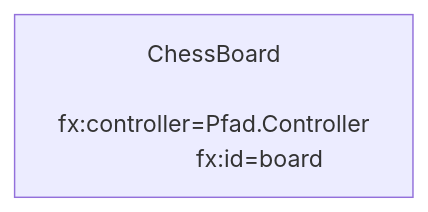
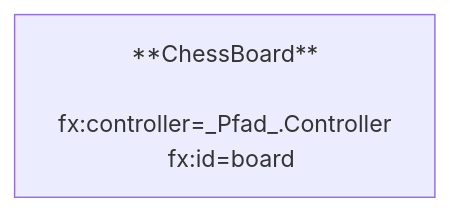
The second of 2 diagrams in docs/exercises/javafx/javafx08.md (jappuccini/java-docs), drawn with Mermaid before and after one commit. The commit also changed other lines of this file and 7 other files, not shown here.

Commit message:
Fix Mermaid for JavaFX Exercises

````diff
--- a/docs/exercises/javafx/javafx08.md
+++ b/docs/exercises/javafx/javafx08.md
@@ -85,6 +78,6 @@
 ```mermaid
 flowchart LR
-	board[ChessBoard
-	      fx:controller=Pfad.Controller
-	      fx:id=board]
+   board[**ChessBoard**
+  fx:controller=_Pfad_.Controller
+  fx:id=board]
 ```
````
